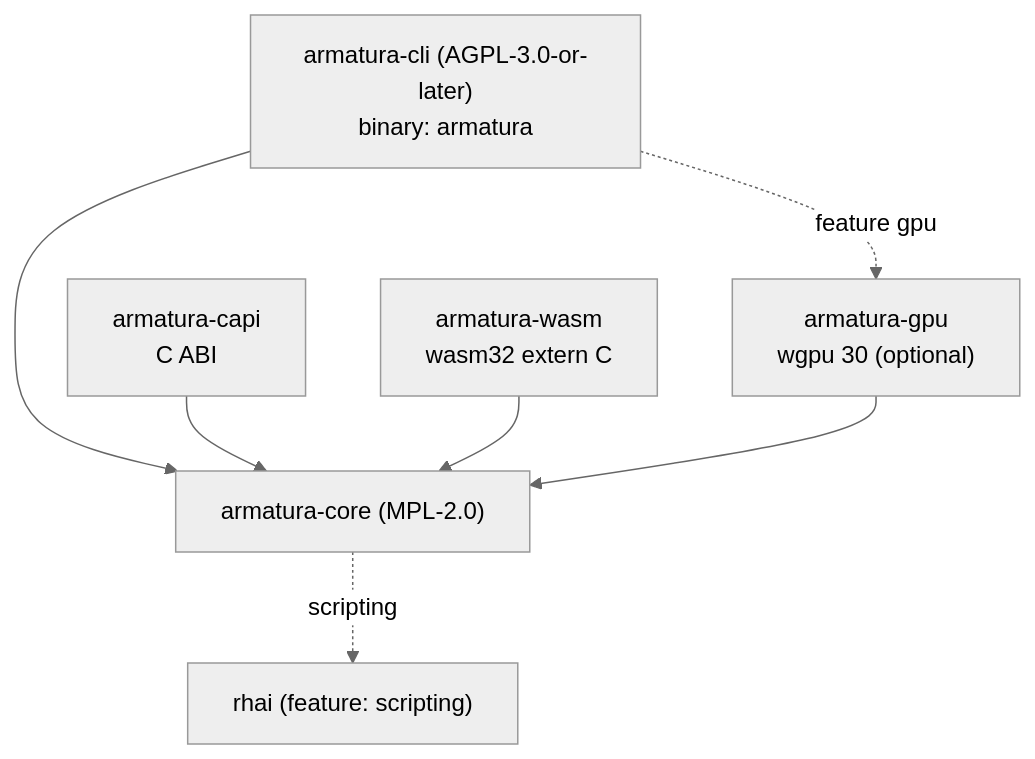
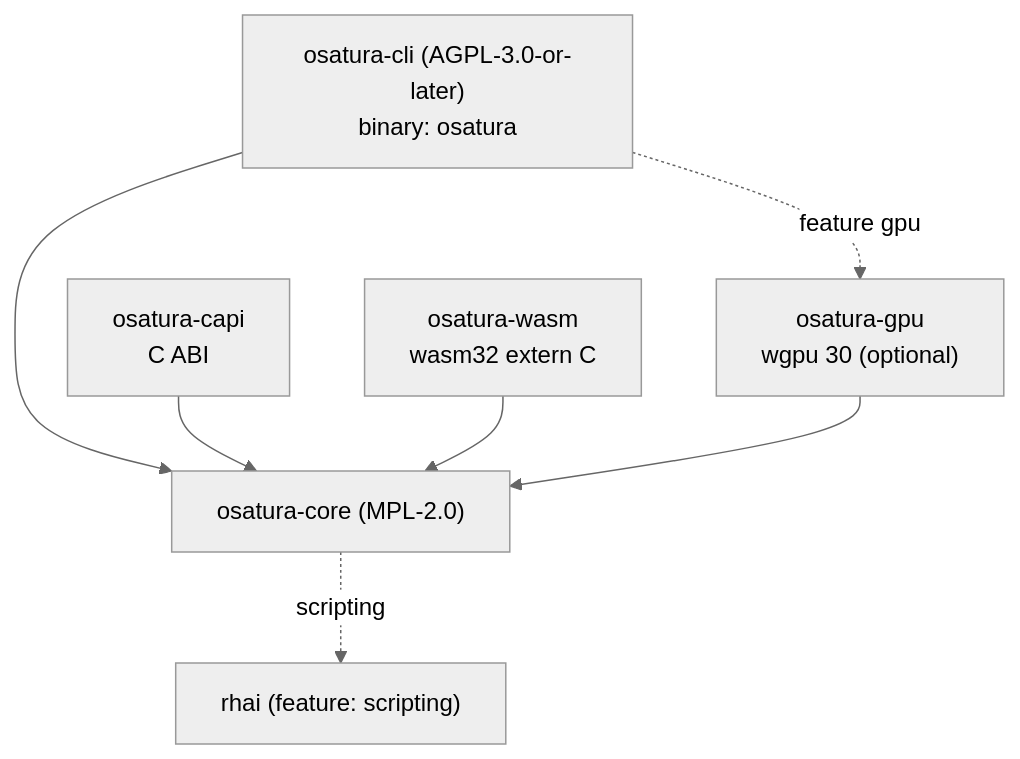
Before and after one commit to chiuta/armatura: the diagram in docs/ARCHITECTURE.md, drawn with Mermaid (neutral theme). The commit also changed other lines of this file and 380 other files, not shown here.

First line of the commit message:
Rename ARMATURA to OSATURA (crates, binary, C ABI, WASM/JS, docs, CI); repo URL and domain unchanged for now

````diff
--- a/docs/ARCHITECTURE.md
+++ b/docs/ARCHITECTURE.md
@@ -39,15 +39,15 @@
 ```mermaid
 graph TD
-    core["armatura-core (MPL-2.0)"]
-    cli["armatura-cli (AGPL-3.0-or-later)<br/>binary: armatura"]
-    capi["armatura-capi<br/>C ABI"]
-    wasm["armatura-wasm<br/>wasm32 extern C"]
-    gpu["armatura-gpu<br/>wgpu 30 (optional)"]
+    core["osatura-core (MPL-2.0)"]
+    cli["osatura-cli (AGPL-3.0-or-later)<br/>binary: osatura"]
+    capi["osatura-capi<br/>C ABI"]
+    wasm["osatura-wasm<br/>wasm32 extern C"]
+    gpu["osatura-gpu<br/>wgpu 30 (optional)"]
     rhai["rhai (feature: scripting)"]
     core -.->|scripting| rhai
     cli --> core
     capi --> core
     wasm --> core
     gpu --> core
     cli -.->|feature gpu| gpu
 ```
````
